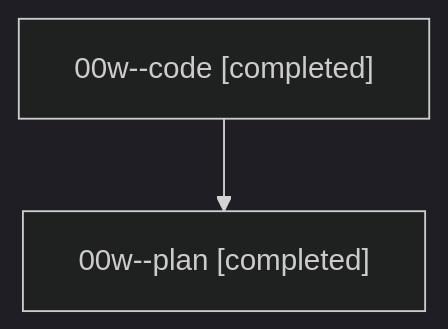
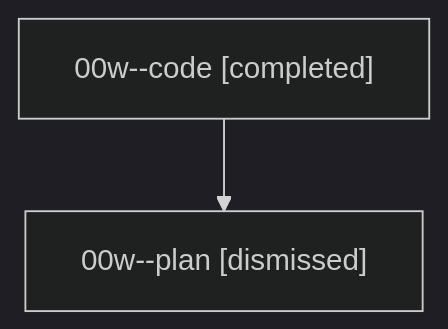
One commit to bobs-org/bob-cli--agents changed the diagram in families/bbugyi200.athena.00w.md. Above: the diagram before and after it, drawn with Mermaid (dark theme). The commit also changed other lines of this file and 265 other files, not shown here.

````diff
--- a/families/bbugyi200.athena.00w.md
+++ b/families/bbugyi200.athena.00w.md
@@ -9,6 +9,6 @@
 ```mermaid
 flowchart TD
   n0["00w--code [completed]"]
-  n1["00w--plan [completed]"]
+  n1["00w--plan [dismissed]"]
   n0 --> n1
 ```
````
